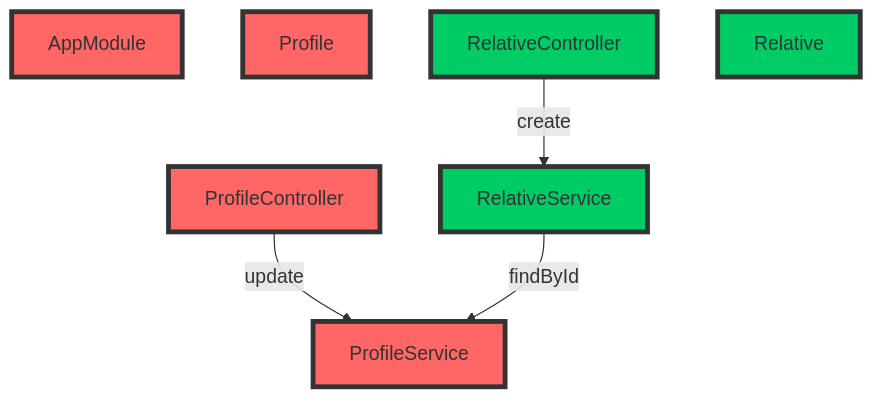
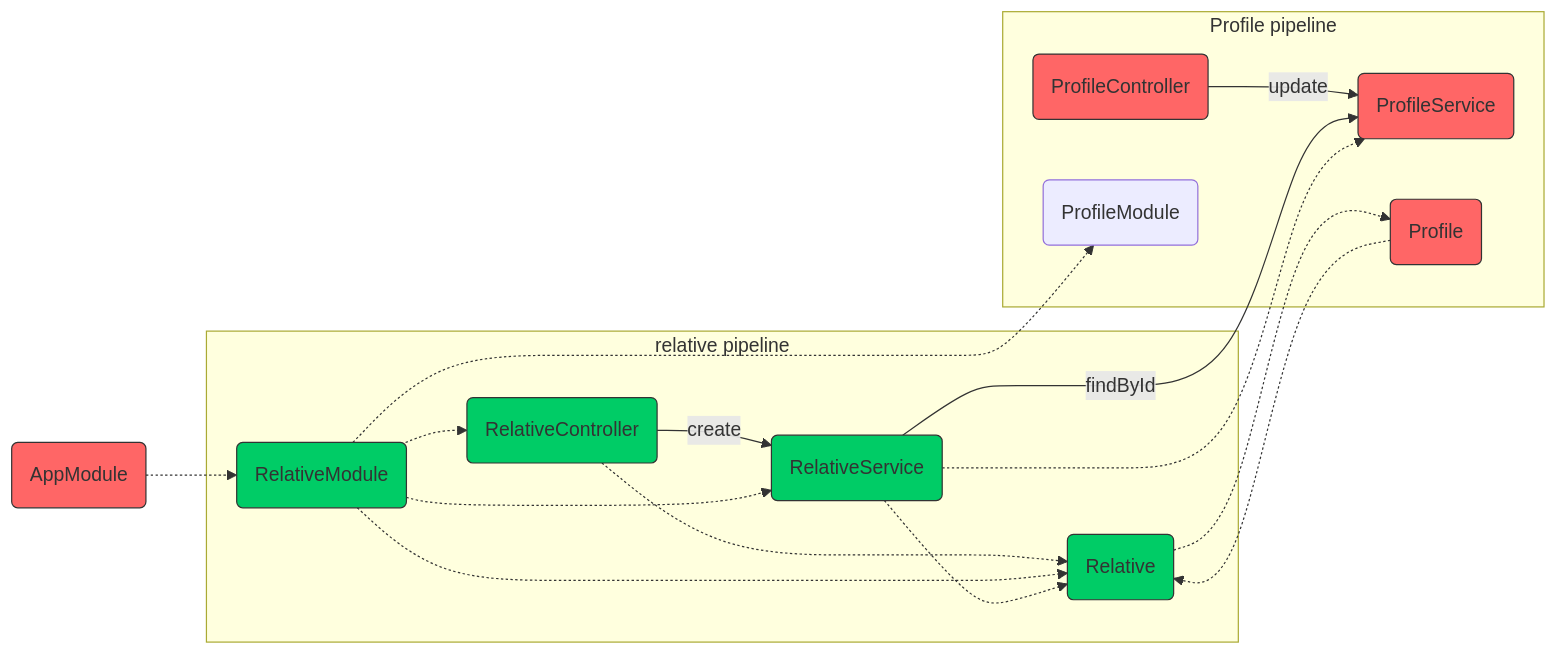
Before and after one commit to boostercloud/kyc-example: the tenth of 13 diagrams in README.md, drawn with Mermaid. The commit also changed other lines of this file and 10 other files, not shown here.

````diff
--- a/README.md
+++ b/README.md
@@ -384,13 +496,29 @@
 ```mermaid
-graph TD;
-    classDef red fill:#ff6666,stroke:#333,stroke-width:4px,color:#000,color:#333;
-    classDef green fill:#00cc66,stroke:#333,stroke-width:4px,color:#000,color:#333;
-    A["AppModule"]
-    B["ProfileController"] -->|"update"| C["ProfileService"]
-    D["Profile"]
-    E["RelativeController"] -->|"create"| F["RelativeService"]
-    G["Relative"]
+graph LR
+    classDef red fill:#ff6666,stroke:#333,stroke-width:1px,color:#000,color:#333;
+    classDef green fill:#00cc66,stroke:#333,stroke-width:1px,color:#000,color:#333;
+    A(AppModule)
+    subgraph Profile pipeline
+        B(ProfileController) -->|"update"| C(ProfileService)
+        D(Profile)
+        I(ProfileModule)
+    end
+    subgraph relative pipeline
+        E(RelativeController) -->|"create"| F(RelativeService)
+        G(Relative)
+        H(RelativeModule)
+    end
     F -->|"findById"| C
+    A -.-> H
+    D -.-> G
+    E -.-> G
+    G -.-> D
+    H -.-> E
+    H -.-> F
+    H -.-> G
+    H -...-> I
+    F -.-> C
+    F -.-> G
     class A,B,C,D red;
-    class E,F,G green;
+    class E,F,G,H green;
 ```
````
